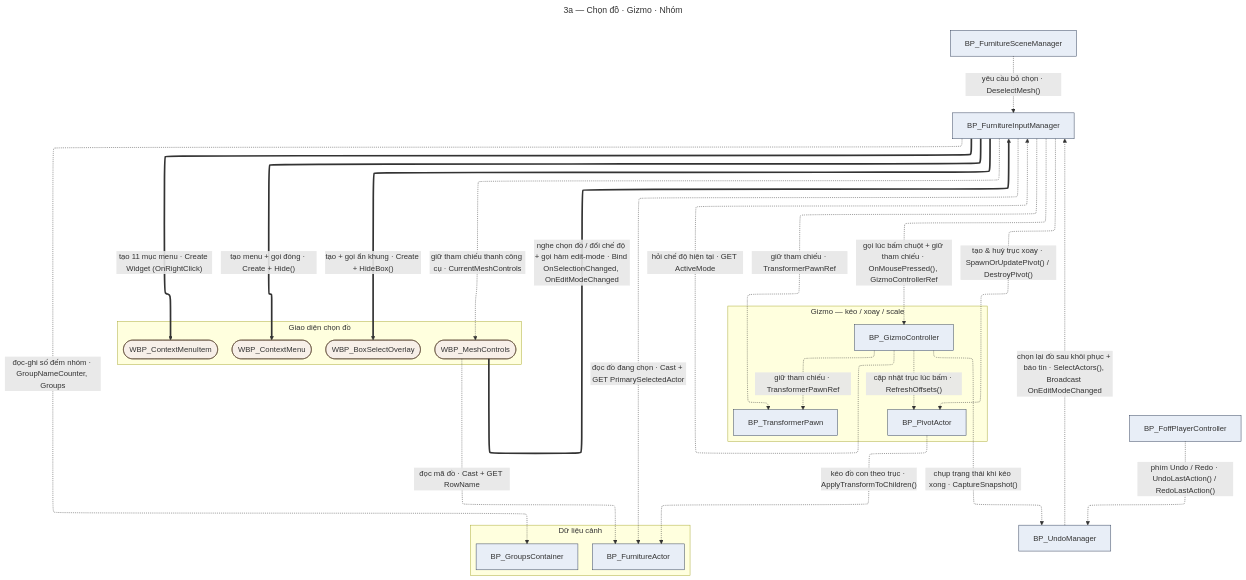
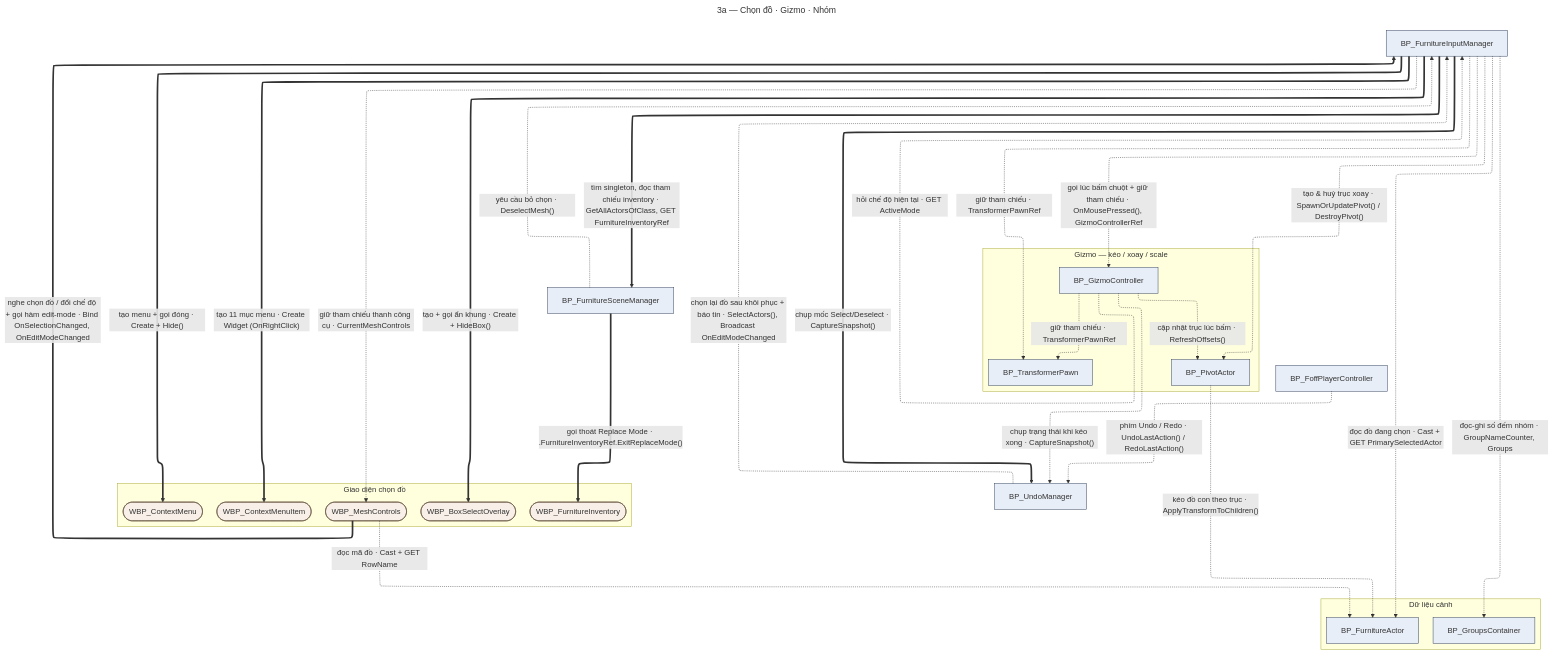
The second of 6 diagrams in docs/00_Core/Architecture_Map.md (olivercu04/UE5_InteriorTool_Docs), drawn with Mermaid before and after one commit. The commit also changed other lines of this file and 2 other files, not shown here.

````diff
--- a/docs/00_Core/Architecture_Map.md
+++ b/docs/00_Core/Architecture_Map.md
@@ -302,53 +304,57 @@
 ```mermaid
 ---
 title: "3a — Chọn đồ · Gizmo · Nhóm"
 config:
   flowchart:
     defaultRenderer: elk
 ---
 flowchart TB
   IM["BP_FurnitureInputManager"]
   subgraph GZ["Gizmo — kéo / xoay / scale"]
     GIZMO["BP_GizmoController"]
     PIVOT["BP_PivotActor"]
     TPAWN["BP_TransformerPawn"]
   end
   subgraph SELV["Giao diện chọn đồ"]
     BOXSEL(["WBP_BoxSelectOverlay"])
     MESHCTRL(["WBP_MeshControls"])
     CTX(["WBP_ContextMenu"])
     CTXITEM(["WBP_ContextMenuItem"])
+    INV(["WBP_FurnitureInventory"])
   end
   subgraph STc["Dữ liệu cảnh"]
     GROUPS["BP_GroupsContainer"]
     FA["BP_FurnitureActor"]
   end
   UNDO["BP_UndoManager"]
   PC["BP_FoffPlayerController"]
   SCENE["BP_FurnitureSceneManager"]
 
   IM ==>|"tạo 11 mục menu · Create Widget (OnRightClick)"| CTXITEM
   IM ==>|"tạo menu + gọi đóng · Create + Hide()"| CTX
   IM ==>|"tạo + gọi ẩn khung · Create + HideBox()"| BOXSEL
+  IM ==>|"chụp mốc Select/Deselect · CaptureSnapshot()"| UNDO
+  IM ==>|"tìm singleton, đọc tham chiếu inventory · GetAllActorsOfClass, GET FurnitureInventoryRef"| SCENE
+  SCENE ==>|"gọi thoát Replace Mode · .FurnitureInventoryRef.ExitReplaceMode()"| INV
   IM -.->|"gọi lúc bấm chuột + giữ tham chiếu · OnMousePressed(), GizmoControllerRef"| GIZMO
   IM -.->|"giữ tham chiếu · TransformerPawnRef"| TPAWN
   IM -.->|"đọc-ghi số đếm nhóm · GroupNameCounter, Groups"| GROUPS
   IM -.->|"tạo & huỷ trục xoay · SpawnOrUpdatePivot() / DestroyPivot()"| PIVOT
   IM -.->|"đọc đồ đang chọn · Cast + GET PrimarySelectedActor"| FA
   IM -.->|"giữ tham chiếu thanh công cụ · CurrentMeshControls"| MESHCTRL
   GIZMO -.->|"giữ tham chiếu · TransformerPawnRef"| TPAWN
   GIZMO -.->|"cập nhật trục lúc bấm · RefreshOffsets()"| PIVOT
   GIZMO -.->|"hỏi chế độ hiện tại · GET ActiveMode"| IM
   GIZMO -.->|"chụp trạng thái khi kéo xong · CaptureSnapshot()"| UNDO
   PIVOT -.->|"kéo đồ con theo trục · ApplyTransformToChildren()"| FA
   MESHCTRL ==>|"nghe chọn đồ / đổi chế độ + gọi hàm edit-mode · Bind OnSelectionChanged, OnEditModeChanged"| IM
   MESHCTRL -.->|"đọc mã đồ · Cast + GET RowName"| FA
   SCENE -.->|"yêu cầu bỏ chọn · DeselectMesh()"| IM
   PC -.->|"phím Undo / Redo · UndoLastAction() / RedoLastAction()"| UNDO
   UNDO -.->|"chọn lại đồ sau khôi phục + báo tin · SelectActors(), Broadcast OnEditModeChanged"| IM
 
   classDef bp fill:#e8eef7,stroke:#33415c;
   classDef wbp fill:#f7efe8,stroke:#5c4633;
   class IM,GIZMO,PIVOT,TPAWN,GROUPS,FA,PC,UNDO,SCENE bp;
-  class BOXSEL,MESHCTRL,CTX,CTXITEM wbp;
+  class BOXSEL,MESHCTRL,CTX,CTXITEM,INV wbp;
 ```
````
